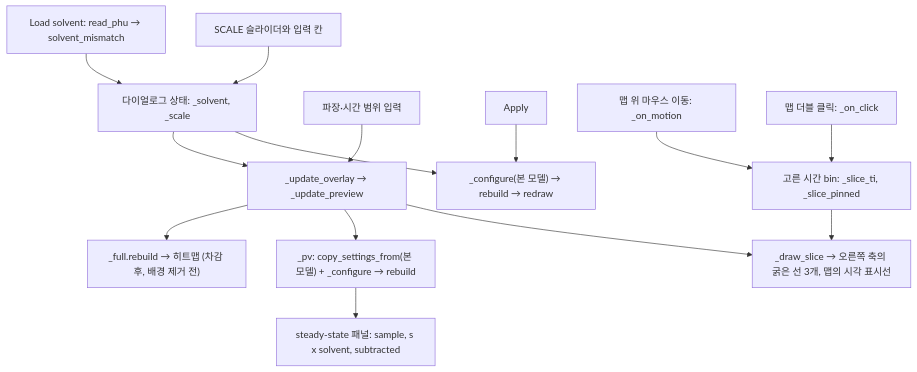
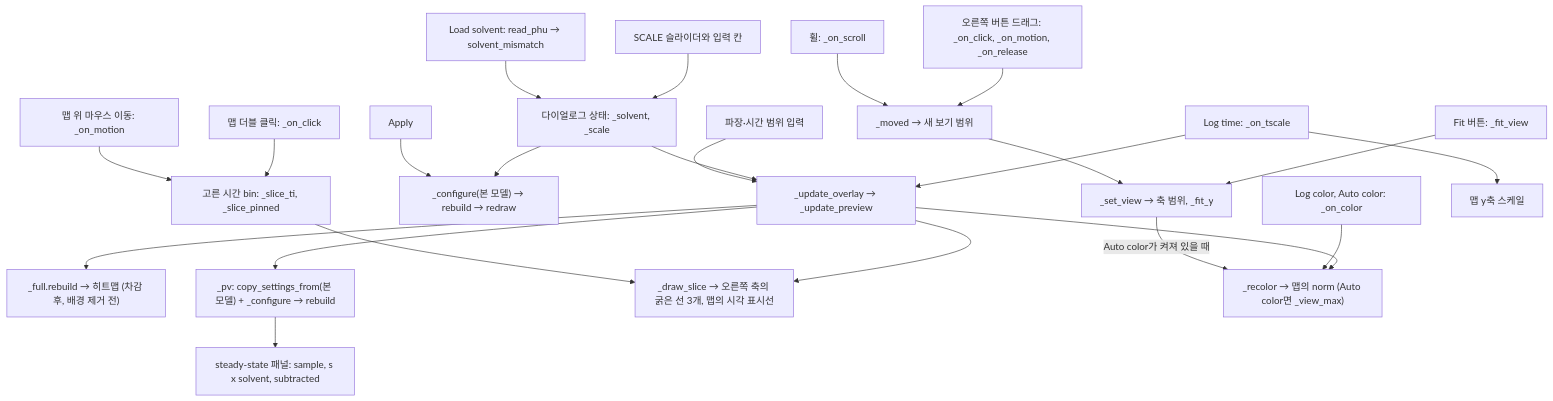
Before and after one commit to Myungsam/tres_analyzer: the fifth of 9 diagrams in ARCHITECTURE.md, drawn with Mermaid. The commit also changed other lines of this file and 8 other files, not shown here.

````diff
--- a/ARCHITECTURE.md
+++ b/ARCHITECTURE.md
@@ -309,16 +309,25 @@
 ```mermaid
 flowchart TD
     L["Load solvent: read_phu → solvent_mismatch"] --> ST["다이얼로그 상태: _solvent, _scale"]
     SL["SCALE 슬라이더와 입력 칸"] --> ST
     BOX["파장·시간 범위 입력"] --> UP["_update_overlay → _update_preview"]
     ST --> UP
     UP --> HM["_full.rebuild → 히트맵 (차감 후, 배경 제거 전)"]
     UP --> PV["_pv: copy_settings_from(본 모델) + _configure → rebuild"]
     PV --> SS["steady-state 패널: sample, s x solvent, subtracted"]
     AP["Apply"] --> CF["_configure(본 모델) → rebuild → redraw"]
     ST --> CF
     MV["맵 위 마우스 이동: _on_motion"] --> TI["고른 시간 bin: _slice_ti, _slice_pinned"]
     DC["맵 더블 클릭: _on_click"] --> TI
     TI --> DS["_draw_slice → 오른쪽 축의 굵은 선 3개, 맵의 시각 표시선"]
     UP --> DS
+    WH["휠: _on_scroll"] --> MVD["_moved → 새 보기 범위"]
+    RD["오른쪽 버튼 드래그: _on_click, _on_motion, _on_release"] --> MVD
+    MVD --> SV["_set_view → 축 범위, _fit_y"]
+    FIT["Fit 버튼: _fit_view"] --> SV
+    SV -->|"Auto color가 켜져 있을 때"| RC["_recolor → 맵의 norm (Auto color면 _view_max)"]
+    VC["Log color, Auto color: _on_color"] --> RC
+    UP --> RC
+    VT["Log time: _on_tscale"] --> YS["맵 y축 스케일"]
+    VT --> UP
 ```
````
